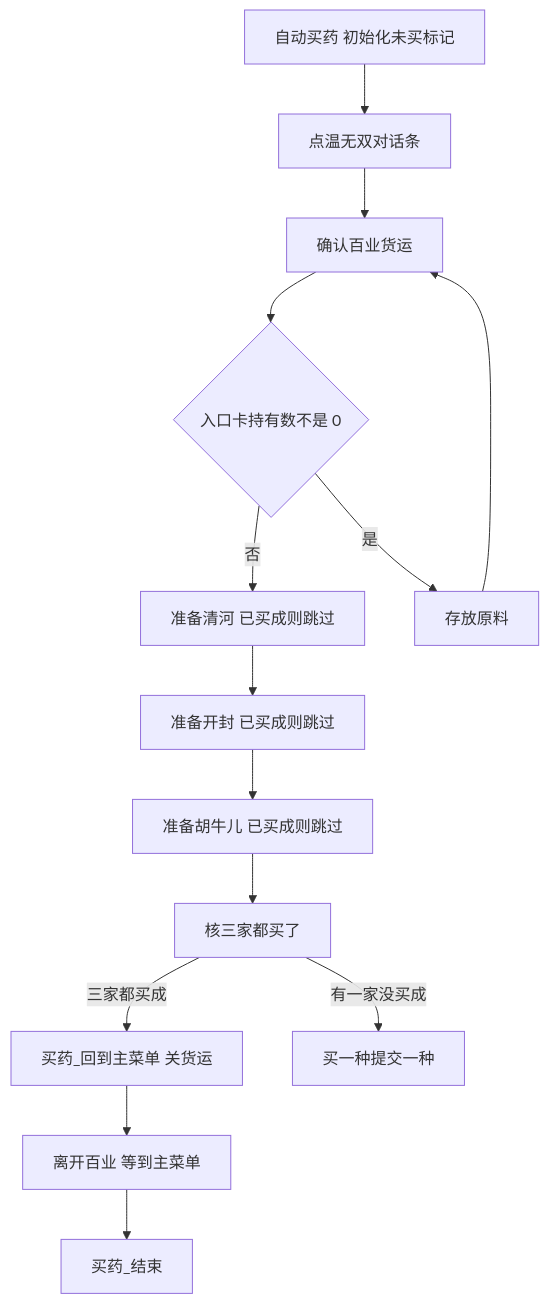
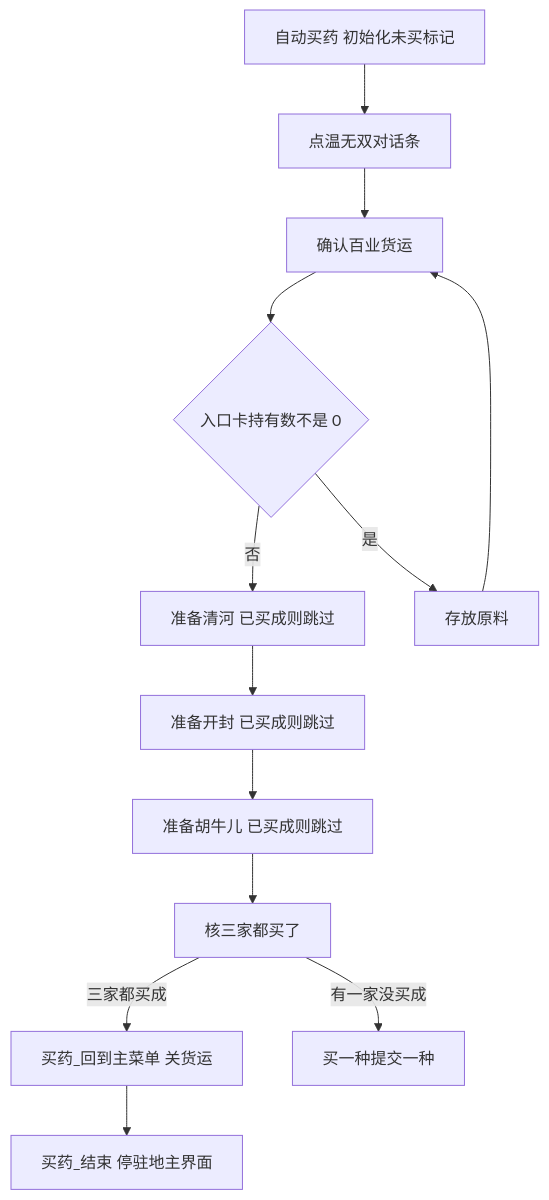
The first of 2 diagrams in docs/zh_cn/自动买药.md (82488059/MAAJN), drawn with Mermaid before and after one commit. The commit also changed other lines of this file and 18 other files, not shown here.

````diff
--- a/docs/zh_cn/自动买药.md
+++ b/docs/zh_cn/自动买药.md
@@ -40,19 +40,18 @@
 ```mermaid
 flowchart TD
   entry["自动买药 初始化未买标记"]
   talk["点温无双对话条"]
   freight["确认百业货运"]
   qh["准备清河 已买成则跳过"]
   kf["准备开封 已买成则跳过"]
   hn["准备胡牛儿 已买成则跳过"]
   check["核三家都买了"]
   leave["买药_回到主菜单 关货运"]
-  out["离开百业 等到主菜单"]
-  done["买药_结束"]
+  done["买药_结束 停驻地主界面"]
   submit["买一种提交一种"]
   entry --> talk --> freight --> owned{"入口卡持有数不是 0"}
   owned -->|是| store["存放原料"] --> freight
   owned -->|否| qh --> kf --> hn --> check
-  check -->|三家都买成| leave --> out --> done
+  check -->|三家都买成| leave --> done
   check -->|有一家没买成| submit
 ```
````
